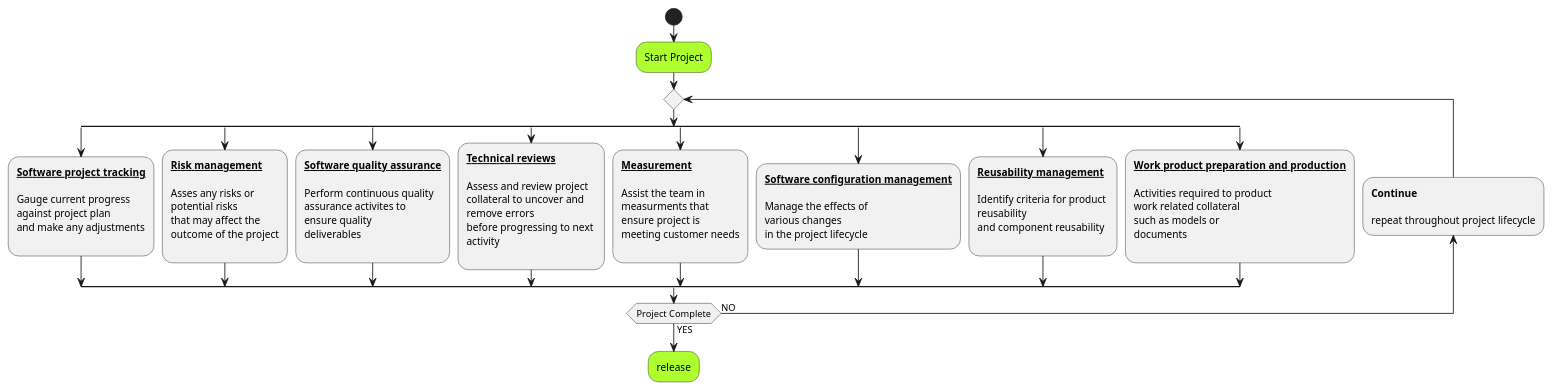
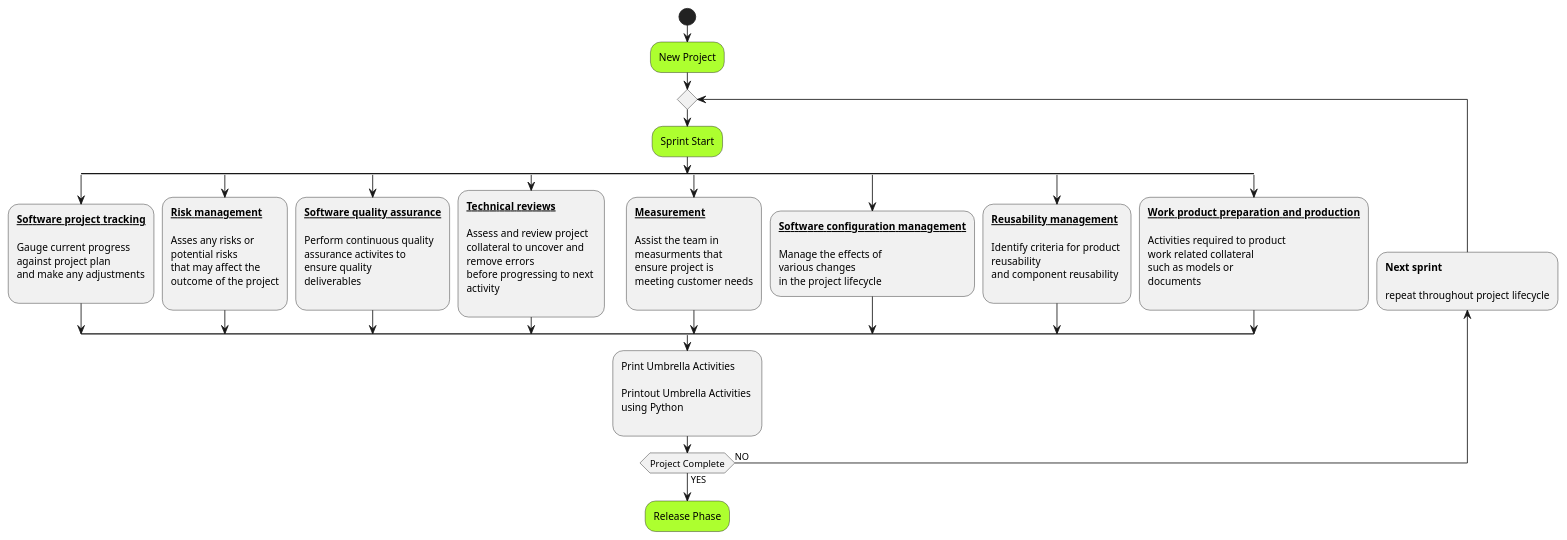
One commit to KPZNet/CSC505 changed the diagram in M1/Umbrella.puml. Above: the diagram before and after it, drawn with PlantUML.

```diff
--- a/M1/Umbrella.puml
+++ b/M1/Umbrella.puml
@@ -2,77 +2,84 @@
 @startuml UmbrellaActivities
 
 start
 
-#GreenYellow:Start Project;
+#GreenYellow:New Project;
 
 repeat
-
+#GreenYellow:Sprint Start;
 split
   :**__Software project tracking__**
 
   Gauge current progress
   against project plan
   and make any adjustments
   ;
 split again
   :**__Risk management__**
 
   Asses any risks or
   potential risks
   that may affect the
   outcome of the project
   ;
 split again
   :**__Software quality assurance__**
   
   Perform continuous quality
   assurance activites to 
   ensure quality 
   deliverables
   ;
 split again
   :**__Technical reviews__**
   
   Assess and review project 
   collateral to uncover and 
   remove errors 
   before progressing to next 
   activity 
   ;
 split again
   :**__Measurement__**
   
   Assist the team in 
   measurments that
   ensure project is 
   meeting customer needs
   ;
 split again
   :**__Software configuration management__**
 
   Manage the effects of 
   various changes
   in the project lifecycle;
 split again
   :**__Reusability management__**
 
   Identify criteria for product 
   reusability 
   and component reusability
   ;
 split again
   :**__Work product preparation and production__**
 
   Activities required to product 
   work related collateral 
   such as models or 
   documents
   ;
 end split;
-backward :**Continue**\n\nrepeat throughout project lifecycle;
+
+:Print Umbrella Activities
+
+Printout Umbrella Activities 
+using Python
+;
+
+backward :**Next sprint**\n\nrepeat throughout project lifecycle;
 
 repeatwhile (Project Complete) is (NO) not (YES)
 
-#GreenYellow:release;
+#GreenYellow:Release Phase;
 
 @enduml
```
